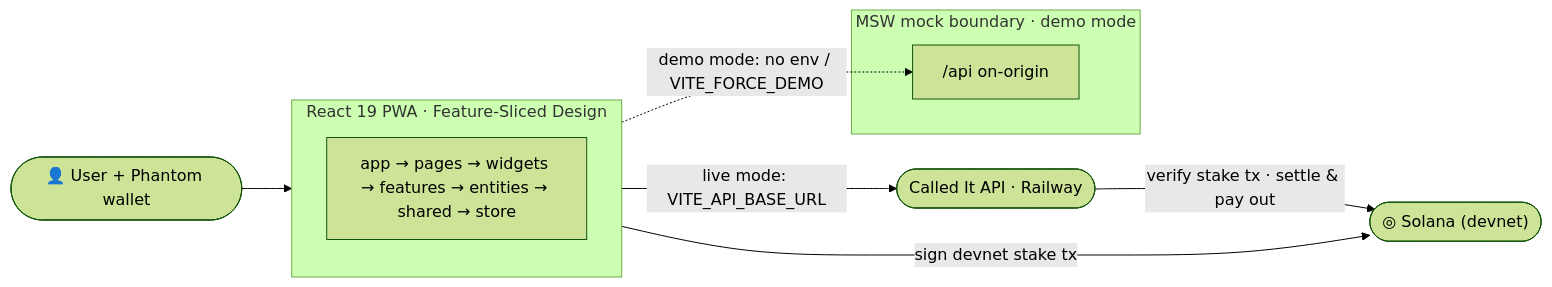
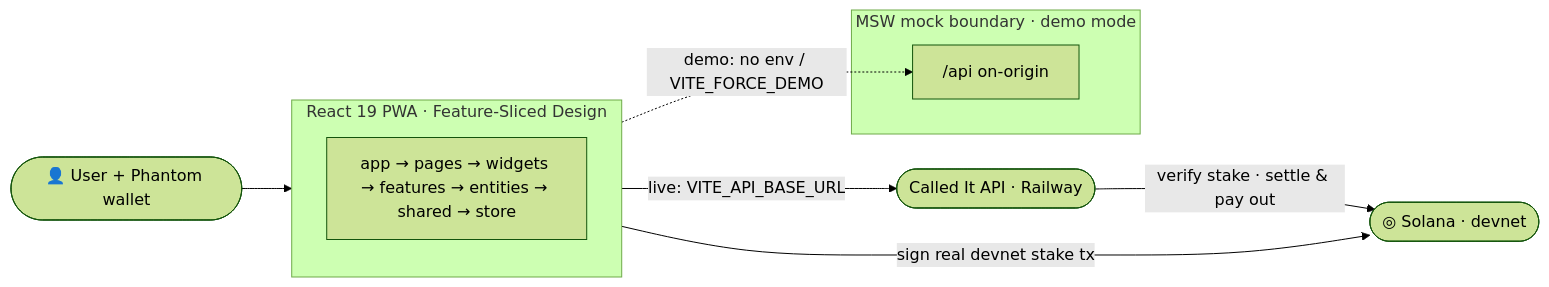
Before and after one commit to emersonjds/calledit: the diagram in README.md, drawn with Mermaid (forest theme). The commit also changed other lines of this file, not shown here.

````diff
--- a/README.md
+++ b/README.md
@@ -7,19 +20,19 @@
 ```mermaid
 flowchart LR
   User(["👤 User + Phantom wallet"])
 
   subgraph PWA["React 19 PWA · Feature-Sliced Design"]
     direction TB
     L["app → pages → widgets → features → entities → shared → store"]
   end
 
   subgraph MSW["MSW mock boundary · demo mode"]
     Mock["/api on-origin"]
   end
 
   User --> PWA
-  PWA -- "sign devnet stake tx" --> Solana(["◎ Solana (devnet)"])
-  PWA -- "live mode: VITE_API_BASE_URL" --> API(["Called It API · Railway"])
-  PWA -. "demo mode: no env / VITE_FORCE_DEMO" .-> Mock
-  API -- "verify stake tx · settle & pay out" --> Solana
+  PWA -- "sign real devnet stake tx" --> Solana(["◎ Solana · devnet"])
+  PWA -- "live: VITE_API_BASE_URL" --> API(["Called It API · Railway"])
+  PWA -. "demo: no env / VITE_FORCE_DEMO" .-> Mock
+  API -- "verify stake · settle & pay out" --> Solana
 ```
````
